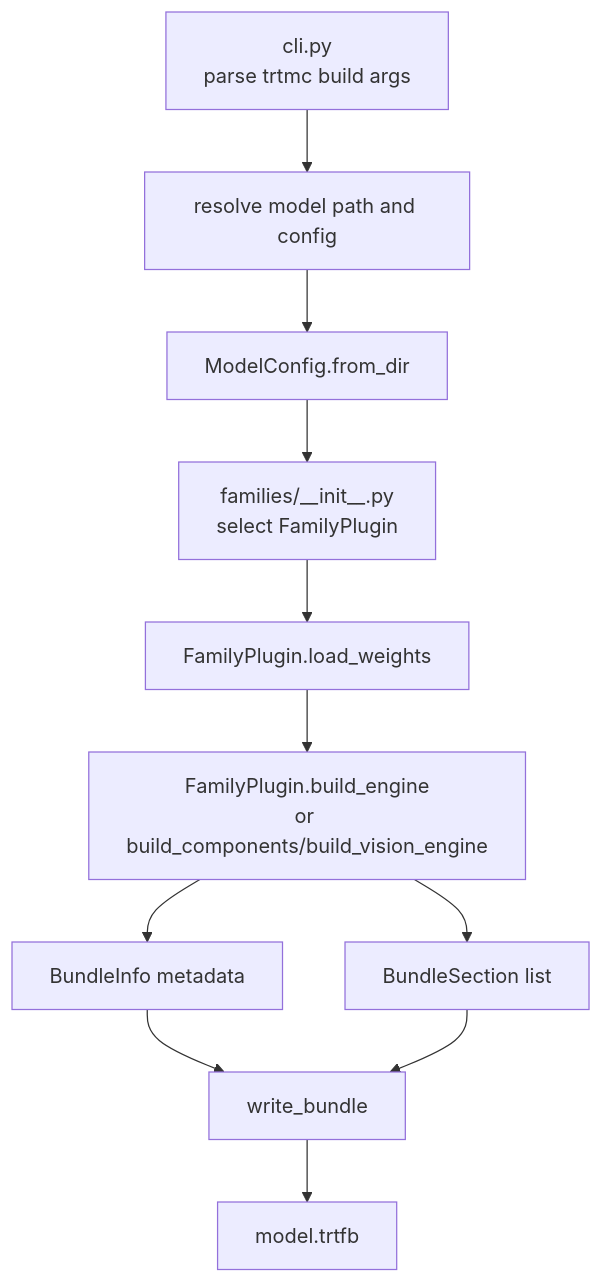
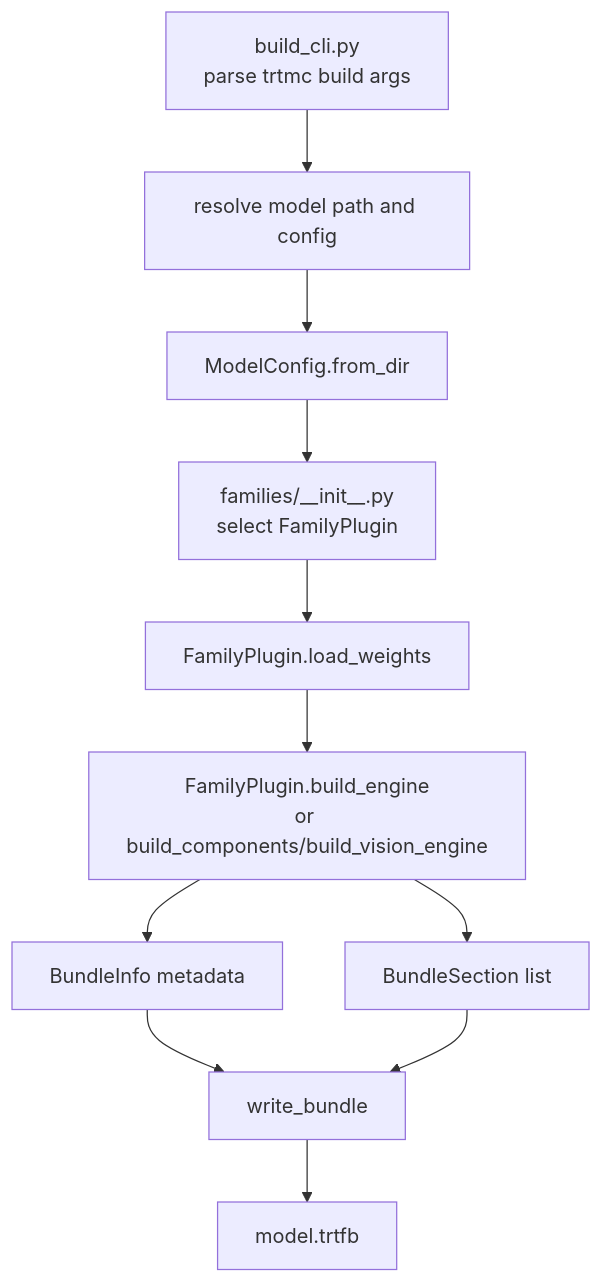
The fourth of 6 diagrams in website/docs/architecture/overview.md (NVIDIA/TensorRT-Model-Connect), drawn with Mermaid before and after one commit. The commit also changed other lines of this file and 30 other files, not shown here.

````diff
--- a/website/docs/architecture/overview.md
+++ b/website/docs/architecture/overview.md
@@ -146,13 +146,13 @@
 ```mermaid
 flowchart TD
-  CLI["cli.py<br/>parse trtmc build args"] --> Resolve["resolve model path and config"]
+  CLI["build_cli.py<br/>parse trtmc build args"] --> Resolve["resolve model path and config"]
   Resolve --> ModelConfig["ModelConfig.from_dir"]
   ModelConfig --> Match["families/__init__.py<br/>select FamilyPlugin"]
   Match --> LoadWeights["FamilyPlugin.load_weights"]
   LoadWeights --> BuildEngine["FamilyPlugin.build_engine<br/>or build_components/build_vision_engine"]
   BuildEngine --> BundleInfo["BundleInfo metadata"]
   BuildEngine --> Sections["BundleSection list"]
   BundleInfo --> Write["write_bundle"]
   Sections --> Write
   Write --> Trtfb["model.trtfb"]
 ```
````
